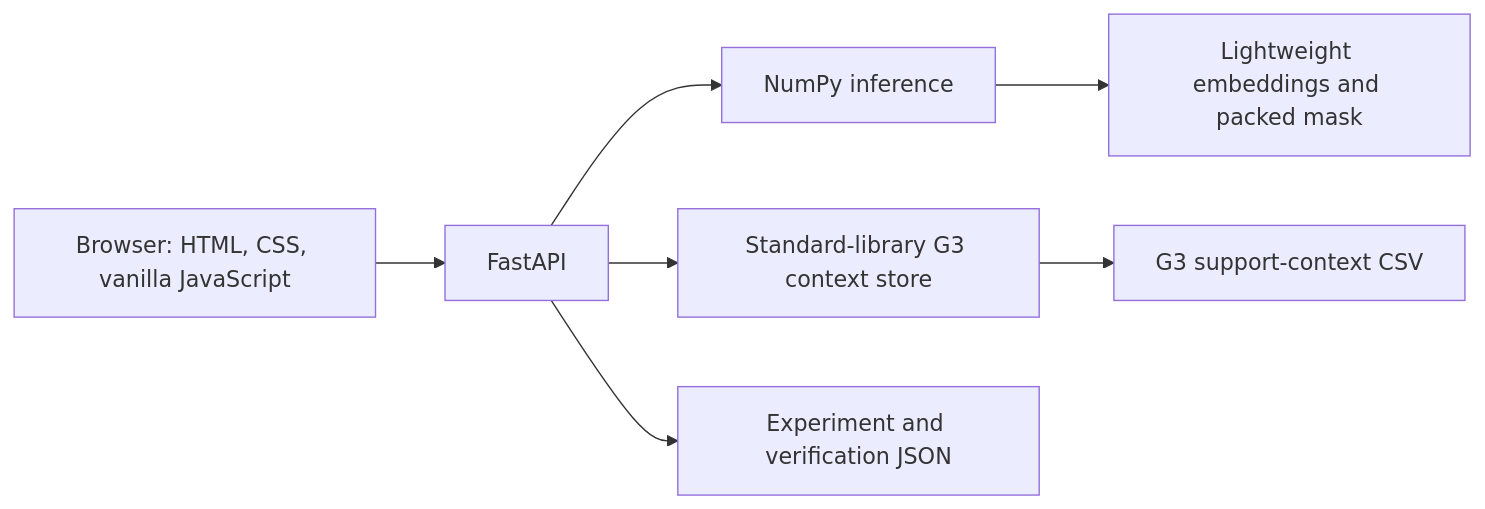
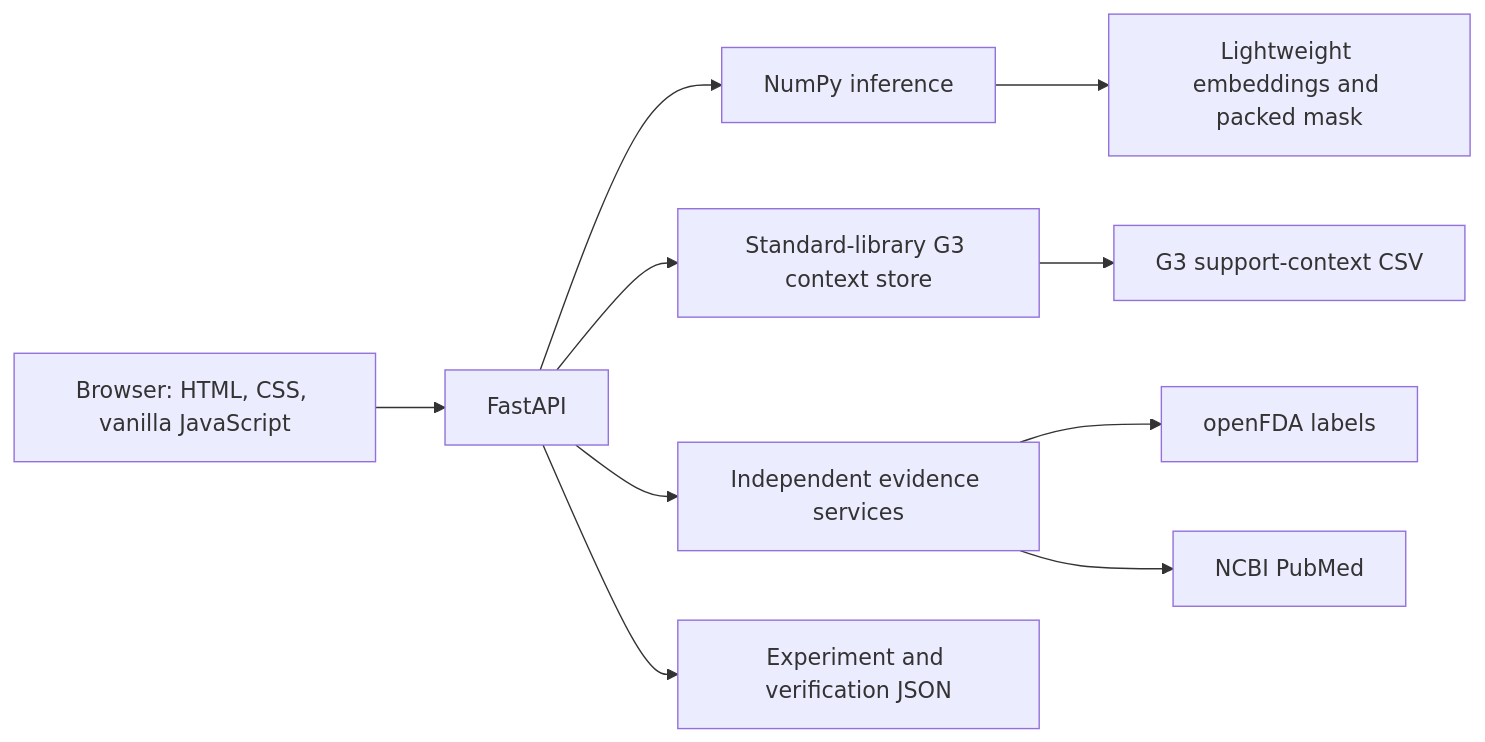
One commit to Tuvshinjargal03/CHEERS-PrimeKG-RGCN-DDI-Prediction_draft1 changed the second of 2 diagrams in README.md. Above: the diagram before and after it, drawn with Mermaid. The commit also changed other lines of this file and 7 other files, not shown here.

````diff
--- a/README.md
+++ b/README.md
@@ -570,9 +594,12 @@
 ```mermaid
 flowchart LR
     B[Browser: HTML, CSS, vanilla JavaScript] --> F[FastAPI]
     F --> N[NumPy inference]
     N --> L[Lightweight embeddings and packed mask]
     F --> C[Standard-library G3 context store]
     C --> CSV[G3 support-context CSV]
+    F --> E[Independent evidence services]
+    E --> O[openFDA labels]
+    E --> P[NCBI PubMed]
     F --> R[Experiment and verification JSON]
 ```
````
